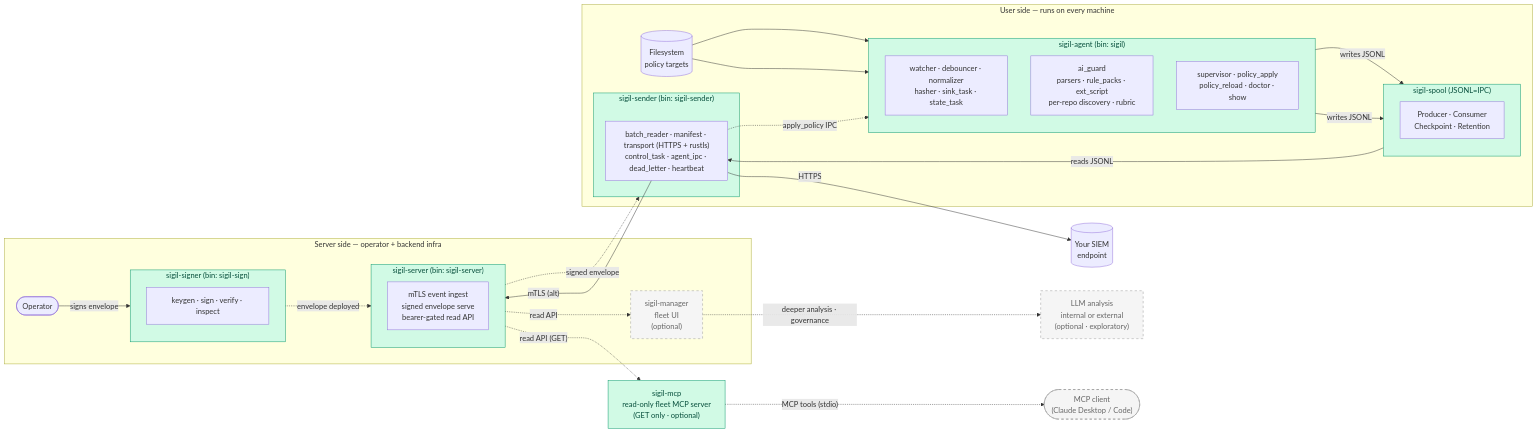
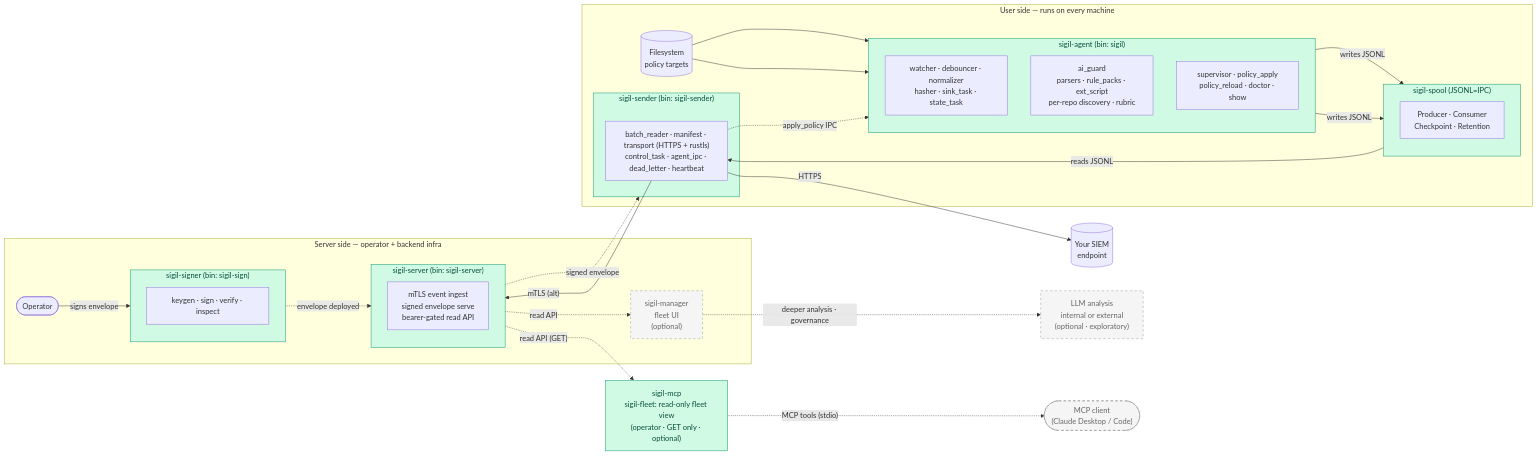
Before and after one commit to Ju571nK/sigil: the diagram in README.md, drawn with Mermaid. The commit also changed other lines of this file, not shown here.

Commit message:
docs(readme): frame MCP as sigil-check (this host, default) vs sigil-fleet (operator) (#81)

````diff
--- a/README.md
+++ b/README.md
@@ -255,78 +258,79 @@
 ```mermaid
 flowchart LR
     %% ============ CLIENT — the developer's machine ============
     subgraph host["User side — runs on every machine"]
         FS[("Filesystem<br/>policy targets")]
 
         subgraph agent["sigil-agent (bin: sigil)"]
             direction TB
             a_pipe["watcher · debouncer · normalizer<br/>hasher · sink_task · state_task"]
             a_aiguard["ai_guard<br/>parsers · rule_packs · ext_script<br/>per-repo discovery · rubric"]
             a_ctrl["supervisor · policy_apply<br/>policy_reload · doctor · show"]
         end
 
         subgraph spool["sigil-spool (JSONL=IPC)"]
             spoolmods["Producer · Consumer<br/>Checkpoint · Retention"]
         end
 
         subgraph sender["sigil-sender (bin: sigil-sender)"]
             s_pipe["batch_reader · manifest · transport (HTTPS + rustls)<br/>control_task · agent_ipc · dead_letter · heartbeat"]
         end
     end
 
     %% ============ SERVER SIDE — operator + backend infra ============
     subgraph backend["Server side — operator + backend infra"]
         operator(["Operator"])
 
         subgraph signer["sigil-signer (bin: sigil-sign)"]
             signermods["keygen · sign · verify · inspect"]
         end
 
         subgraph server["sigil-server (bin: sigil-server)"]
             servermods["mTLS event ingest<br/>signed envelope serve<br/>bearer-gated read API"]
         end
 
         manager["sigil-manager<br/>fleet UI<br/>(optional)"]:::optional
     end
 
     %% External sink — your existing system (not part of Sigil)
     SIEM[("Your SIEM<br/>endpoint")]
 
     %% Optional, exploratory — an internal or external LLM for deeper analysis
     llm["LLM analysis<br/>internal or external<br/>(optional · exploratory)"]:::optional
 
-    %% Optional — read-only fleet access for an MCP client (Claude Desktop/Code)
-    mcp["sigil-mcp<br/>read-only fleet MCP server<br/>(GET only · optional)"]
+    %% Optional — operator fleet view (sigil-fleet) for an MCP client; the
+    %% per-developer default (sigil-check) reads the local agent, not the server.
+    mcp["sigil-mcp<br/>sigil-fleet: read-only fleet view<br/>(operator · GET only · optional)"]
     mcpclient(["MCP client<br/>(Claude Desktop / Code)"]):::optional
 
     %% Data plane
     FS --> a_pipe
     FS --> a_aiguard
     a_pipe -- "writes JSONL" --> spool
     a_aiguard -- "writes JSONL" --> spool
     spool -- "reads JSONL" --> s_pipe
     s_pipe -- "HTTPS" --> SIEM
     s_pipe -- "mTLS (alt)" --> server
 
     %% Control plane
     s_pipe -. "apply_policy IPC" .-> a_ctrl
     operator -- "signs envelope" --> signer
     signer -. "envelope deployed" .-> server
     server -. "signed envelope" .-> sender
 
     %% Optional consumers
     server -. "read API" .-> manager
     manager -. "deeper analysis · governance" .-> llm
     server -. "read API (GET)" .-> mcp
     mcp -. "MCP tools (stdio)" .-> mcpclient
 
     classDef optional stroke-dasharray: 5 5,fill:#f5f5f5,stroke:#999,color:#666
 
     %% Components (crates) in green so they stand out from the location boxes
     style agent  fill:#d1fae5,stroke:#059669,color:#064e3b
     style spool  fill:#d1fae5,stroke:#059669,color:#064e3b
     style sender fill:#d1fae5,stroke:#059669,color:#064e3b
     style signer fill:#d1fae5,stroke:#059669,color:#064e3b
     style server fill:#d1fae5,stroke:#059669,color:#064e3b
     style mcp    fill:#d1fae5,stroke:#059669,color:#064e3b
 ```
````
